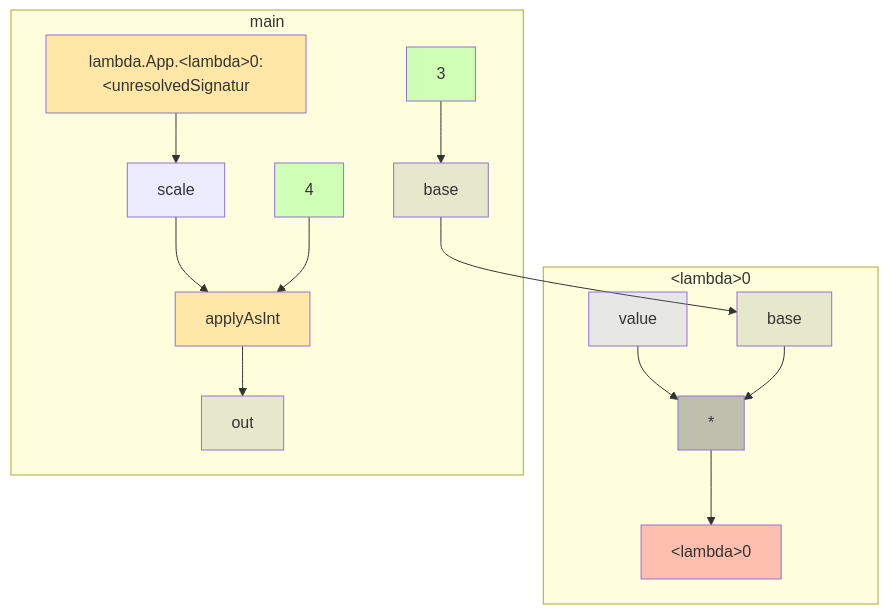
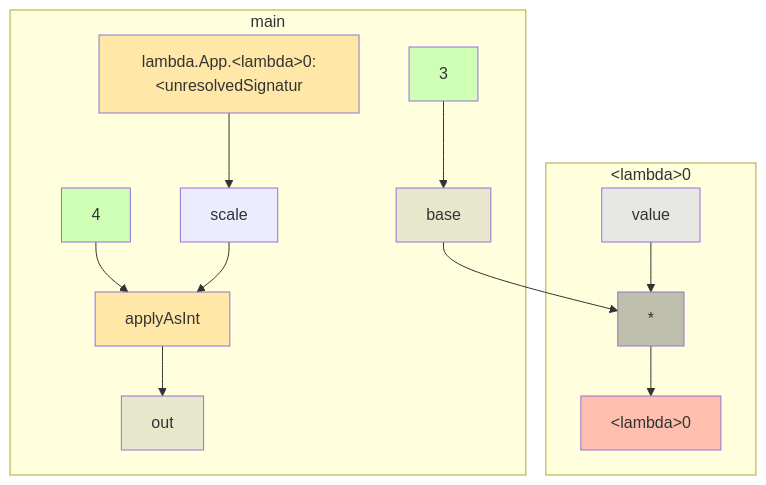
The diagram in app/src/test/resources/lambda/spike-truth.md (gstiebler/codeflow), drawn with Mermaid before and after one commit. The commit also changed 46 other files, not shown here.

````diff
--- a/app/src/test/resources/lambda/spike-truth.md
+++ b/app/src/test/resources/lambda/spike-truth.md
@@ -3,34 +3,32 @@
 ```mermaid
 flowchart TD
   subgraph m0["#lt;lambda#gt;0"]
     n0["*"]:::BIN_OP
     n1["value"]:::FUNC_PARAM
     n2["#lt;lambda#gt;0"]:::RETURN
-    n3["base"]:::VARIABLE
   end
   subgraph m1["main"]
-    n4["applyAsInt"]:::EXTERNAL
-    n5["lambda.App.#lt;lambda#gt;0:#lt;unresolvedSignatur"]:::EXTERNAL
-    n6["3"]:::LITERAL
-    n7["4"]:::LITERAL
+    n3["applyAsInt"]:::EXTERNAL
+    n4["lambda.App.#lt;lambda#gt;0:#lt;unresolvedSignatur"]:::EXTERNAL
+    n5["3"]:::LITERAL
+    n6["4"]:::LITERAL
+    n7["scale"]:::OBJ_VARIABLE
     n8["base"]:::VARIABLE
     n9["out"]:::VARIABLE
-    n10["scale"]:::OBJ_VARIABLE
   end
   n0 --> n2
   n1 --> n0
-  n10 --> n4
-  n3 --> n0
-  n4 --> n9
-  n5 --> n10
-  n6 --> n8
-  n7 --> n4
-  n8 --> n3
+  n3 --> n9
+  n4 --> n7
+  n5 --> n8
+  n6 --> n3
+  n7 --> n3
+  n8 --> n0
   classDef LITERAL fill:#00FF0030
   classDef VARIABLE fill:#80808030
   classDef BIN_OP fill:#80808080
   classDef FUNC_PARAM fill:#8080FF30
   classDef RETURN fill:#FF808080
   classDef EXTERNAL fill:#FFA50040
   classDef UNMODELLED fill:#FF000030,stroke-dasharray: 4 2
 ```
````
